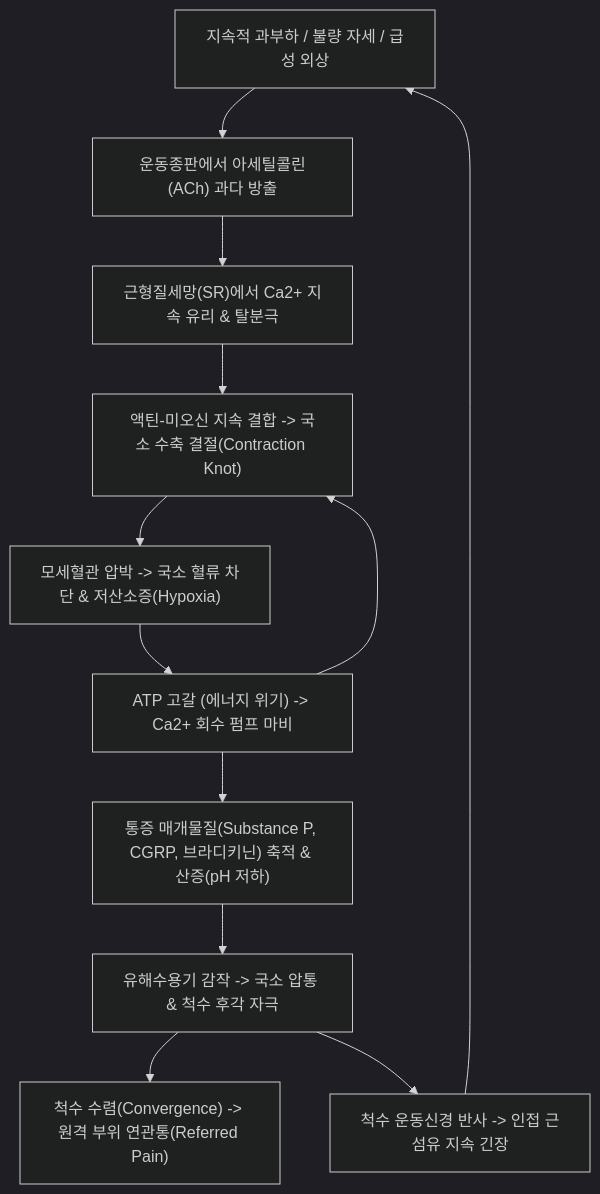
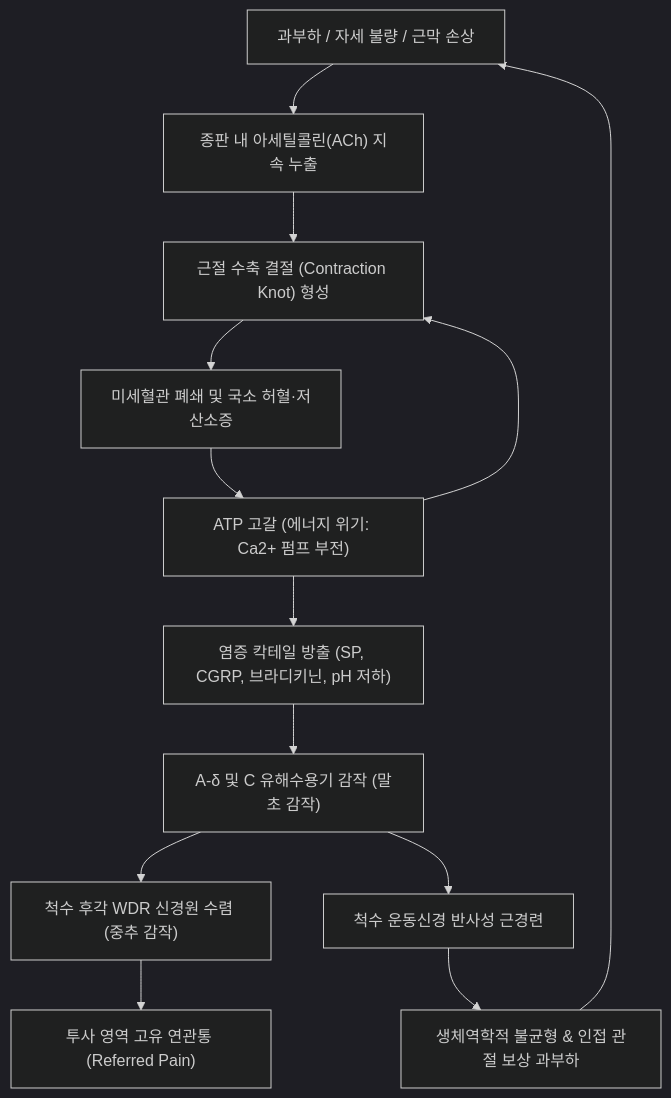
Before and after one commit to simbio11/simbio-digital-garden2: the diagram in content/3. 이론 공부/질환/근골격계 질환/기타/근막통증증후군.md, drawn with Mermaid (dark theme). The commit also changed other lines of this file and 147 other files, not shown here.

````diff
--- a/content/3. 이론 공부/질환/근골격계 질환/기타/근막통증증후군.md
+++ b/content/3. 이론 공부/질환/근골격계 질환/기타/근막통증증후군.md
@@ -69,14 +124,15 @@
 ```mermaid
 graph TD
-    Stress["지속적 과부하 / 불량 자세 / 급성 외상"] --> AchLeak["운동종판에서 아세틸콜린(ACh) 과다 방출"]
-    AchLeak --> Depot["근형질세망(SR)에서 Ca2+ 지속 유리 & 탈분극"]
-    Depot --> Knot["액틴-미오신 지속 결합 -> 국소 수축 결절(Contraction Knot)"]
-    Knot --> Ischemia["모세혈관 압박 -> 국소 혈류 차단 & 저산소증(Hypoxia)"]
-    Ischemia --> EnergyCrisis["ATP 고갈 (에너지 위기) -> Ca2+ 회수 펌프 마비"]
+    Trigger["과부하 / 자세 불량 / 근막 손상"] --> ACh["종판 내 아세틸콜린(ACh) 지속 누출"]
+    ACh --> Knot["근절 수축 결절 (Contraction Knot) 형성"]
+    Knot --> Ischemia["미세혈관 폐쇄 및 국소 허혈·저산소증"]
+    Ischemia --> EnergyCrisis["ATP 고갈 (에너지 위기: Ca2+ 펌프 부전)"]
     EnergyCrisis --> Knot
-    EnergyCrisis --> Sensitize["통증 매개물질(Substance P, CGRP, 브라디키닌) 축적 & 산증(pH 저하)"]
-    Sensitize --> Nociceptor["유해수용기 감작 -> 국소 압통 & 척수 후각 자극"]
-    Nociceptor --> Referred["척수 수렴(Convergence) -> 원격 부위 연관통(Referred Pain)"]
-    Nociceptor --> MotorReflex["척수 운동신경 반사 -> 인접 근섬유 지속 긴장"]
-    MotorReflex --> Stress
+    EnergyCrisis --> Soup["염증 칵테일 방출 (SP, CGRP, 브라디키닌, pH 저하)"]
+    Soup --> Nocicept["A-δ 및 C 유해수용기 감작 (말초 감작)"]
+    Nocicept --> DorsalHorn["척수 후각 WDR 신경원 수렴 (중추 감작)"]
+    DorsalHorn --> RefPain["투사 영역 고유 연관통 (Referred Pain)"]
+    Nocicept --> ReflexSpasm["척수 운동신경 반사성 근경련"]
+    ReflexSpasm --> KineticDys["생체역학적 불균형 & 인접 관절 보상 과부하"]
+    KineticDys --> Trigger
 ```
````
